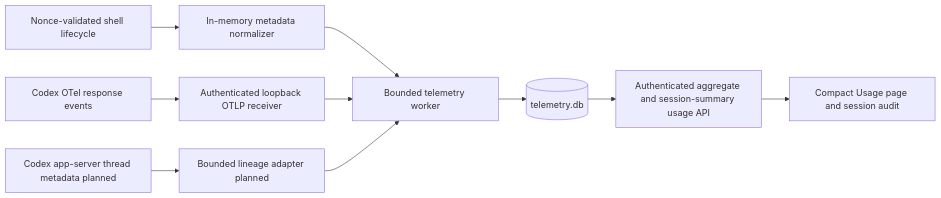
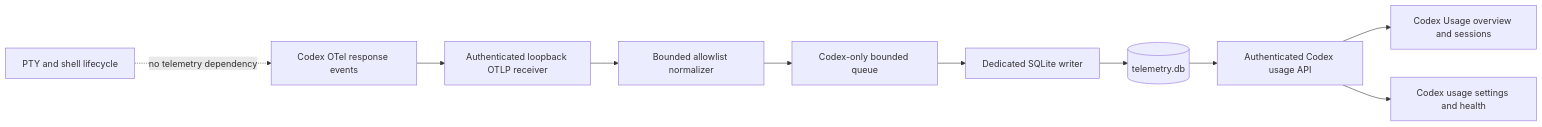
The second of 3 diagrams in docs/system-architecture.md (loidinhm31/dam-hopper), drawn with Mermaid before and after one commit. The commit also changed other lines of this file and 28 other files, not shown here.

Commit message:
refactor(telemetry): reset to fresh Codex schema

````diff
--- a/docs/system-architecture.md
+++ b/docs/system-architecture.md
@@ -236,12 +235,12 @@
 ```mermaid
 flowchart LR
-  Shell[Nonce-validated shell lifecycle] --> Normalize[In-memory metadata normalizer]
   Codex[Codex OTel response events] --> Receiver[Authenticated loopback OTLP receiver]
-  AppServer[Codex app-server thread metadata planned] --> Lineage[Bounded lineage adapter planned]
-  Normalize --> Worker[Bounded telemetry worker]
-  Receiver --> Worker
-  Lineage --> Worker
+  Receiver --> Normalize[Bounded allowlist normalizer]
+  Normalize --> Queue[Codex-only bounded queue]
+  Queue --> Worker[Dedicated SQLite writer]
   Worker --> DB[(telemetry.db)]
-  DB --> API[Authenticated aggregate and session-summary usage API]
-  API --> Page[Compact Usage page and session audit]
+  DB --> API[Authenticated Codex usage API]
+  API --> Usage[Codex Usage overview and sessions]
+  API --> Settings[Codex usage settings and health]
+  PTY[PTY and shell lifecycle] -. no telemetry dependency .-> Codex
 ```
````
